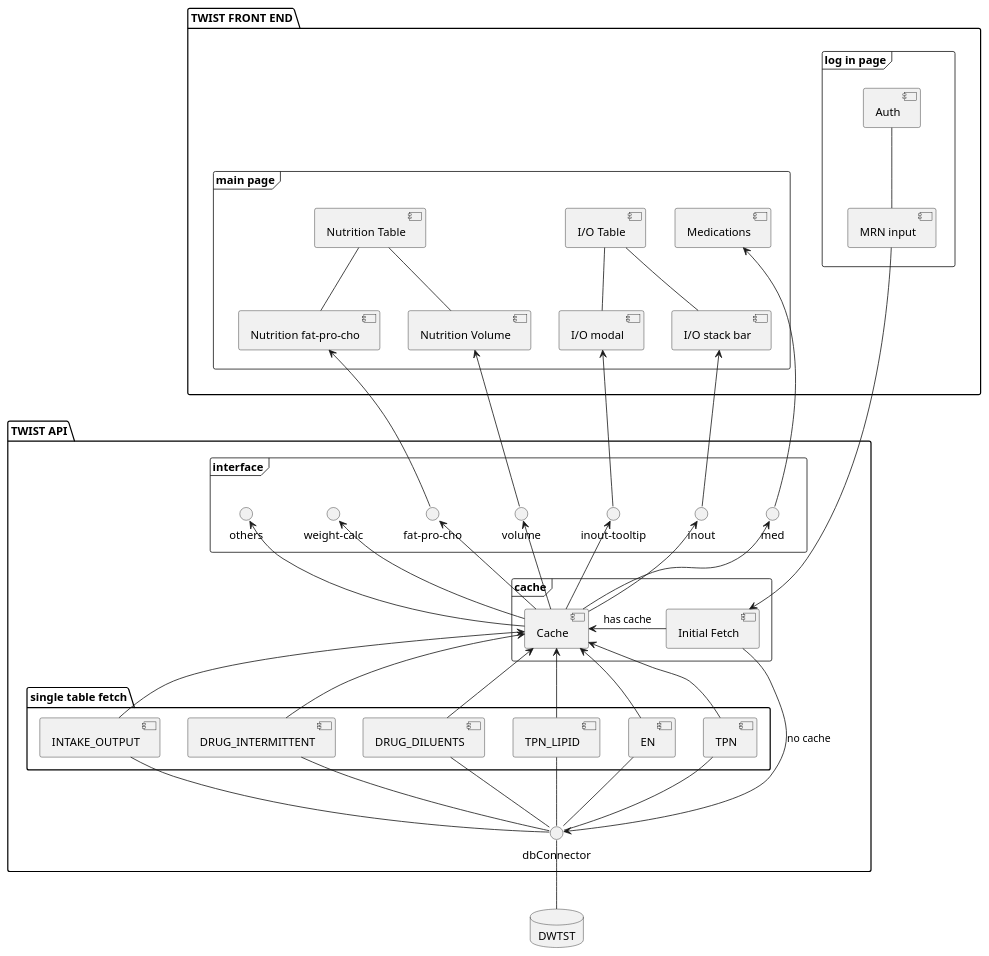
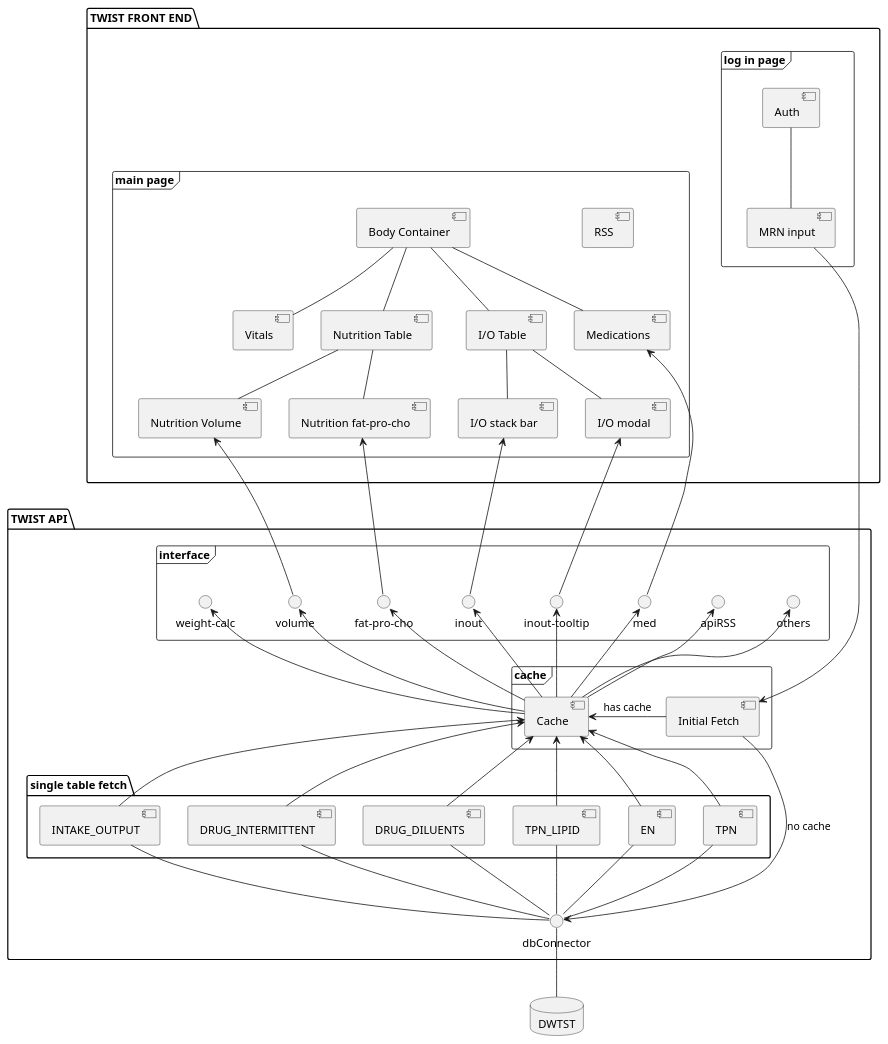
The diagram in assets/db-api-front-v2.iuml (TwistTRL/nodejs-twist-api), drawn with PlantUML before and after one commit. The commit also changed 1 other file, not shown here.

```diff
--- a/assets/db-api-front-v2.iuml
+++ b/assets/db-api-front-v2.iuml
@@ -1,80 +1,90 @@
 @startuml db-api-frontend
 
 ' skinparam componentStyle uml2
 
 package "TWIST FRONT END" {
     frame "log in page" as login {
         [Auth] -- [MRN input]
     }
 
     frame "main page" as main {
+        [RSS]
+        [Body Container] -- [I/O Table]
+        [Body Container] -- [Nutrition Table]
+        [Body Container] -- [Medications]
+        [Body Container] -- [Vitals]
         [Nutrition Table] -- [Nutrition Volume]
         [Nutrition Table] -- [Nutrition fat-pro-cho]
         [I/O Table] -- [I/O stack bar]
         [I/O Table] -- [I/O modal]
         [Medications]
     }
+    login -[hidden]down- main
 }
 
 package "TWIST API" {
     package "single table fetch" {
         [TPN_LIPID]
         [EN]
         [TPN]
         [INTAKE_OUTPUT]
         [DRUG_INTERMITTENT]
         [DRUG_DILUENTS]
     }
 
     frame "cache" {
         [Initial Fetch] -left-> [Cache] :has cache
     }
 
     [Initial Fetch] -down-> dbConnector :no cache
     [TPN_LIPID] -down- dbConnector
     [EN] -down- dbConnector
     [TPN] -down- dbConnector
     [INTAKE_OUTPUT] -down- dbConnector
     [DRUG_INTERMITTENT] -down- dbConnector
     [DRUG_DILUENTS] -down- dbConnector
 
     frame "interface" {
         interface "fat-pro-cho" as fpc
         interface volume
         interface "inout-tooltip" as iot
         interface inout
         interface med
         interface "weight-calc" as weightc
         interface others
+        interface apiRSS
     }
+
+    [Cache] -up-> volume
+    [Cache] -up-> fpc
+    [Cache] -up-> inout
+    [Cache] -up-> iot
+    [Cache] -up-> med
+    [Cache] -up-> weightc
+    [Cache] -up-> others
+    [Cache] -up-> apiRSS
+
+    [Cache] <-- [TPN_LIPID]
+    [Cache] <-- [TPN]
+    [Cache] <-- [EN]
+    [Cache] <-- [INTAKE_OUTPUT]
+    [Cache] <-- [DRUG_INTERMITTENT]
+    [Cache] <-- [DRUG_DILUENTS]
+
 }
 
 database DWTST
 
-login -[hidden]down- main
-
 [MRN input] -down-> [Initial Fetch]
-[Cache] <-- [TPN_LIPID]
-[Cache] <-- [TPN]
-[Cache] <-- [EN]
-[Cache] <-- [INTAKE_OUTPUT]
-[Cache] <-- [DRUG_INTERMITTENT]
-[Cache] <-- [DRUG_DILUENTS]
 
 [Nutrition Volume] <-- volume
 [Nutrition fat-pro-cho] <-- fpc
 [I/O stack bar] <-- inout
 [I/O modal] <-- iot
 [Medications] <-- med
 
-[Cache] -up-> volume
-[Cache] -up-> fpc
-[Cache] -up-> inout
-[Cache] -up-> iot
-[Cache] -up-> med
-[Cache] -up-> weightc
-[Cache] -up-> others
+' [RSS] <-- apiRSS
 
 DWTST -up- dbConnector
 
 @enduml
```
